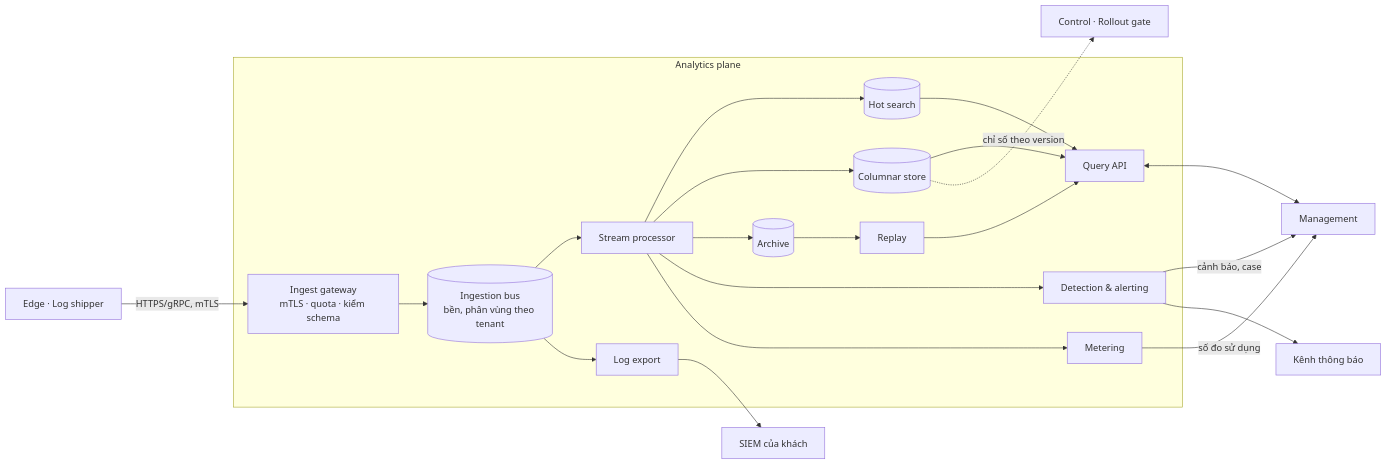
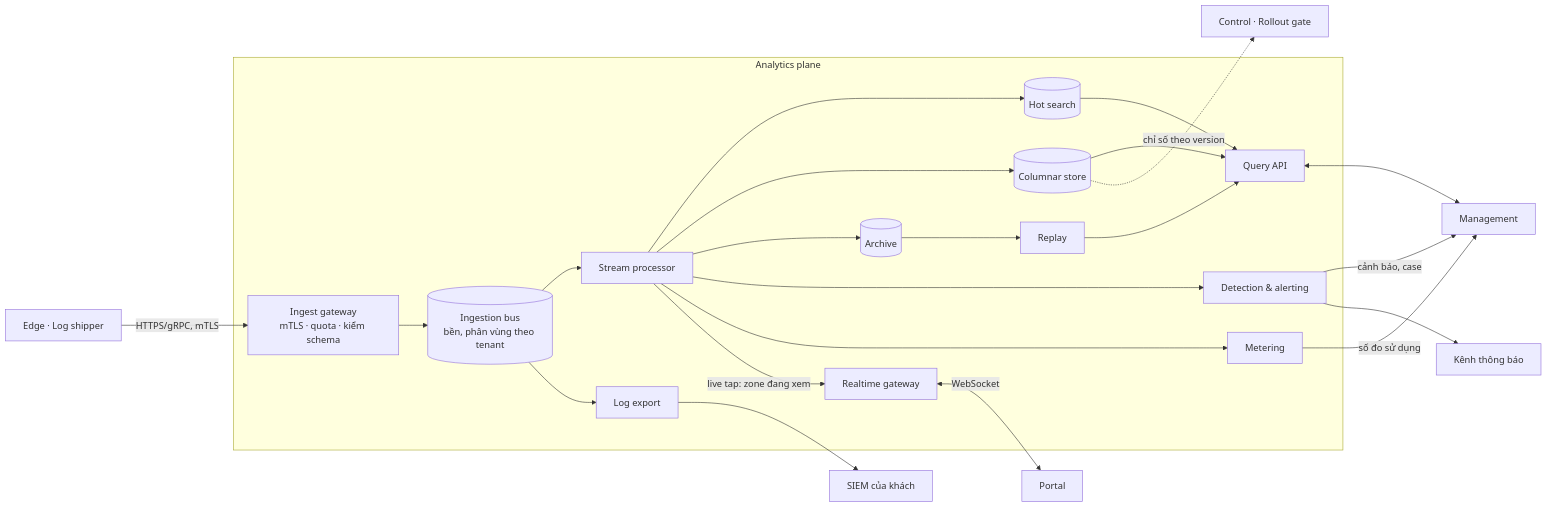
One commit to metap-org/metap-demo-waf changed the diagram in docs/architecture/05-building-blocks/04-analytics-plane.md. Above: the diagram before and after it, drawn with Mermaid. The commit also changed other lines of this file and 15 other files, not shown here.

First line of the commit message:
docs: realtime gateway for portal sessions; Elixir option for gateway and notifier

````diff
--- a/docs/architecture/05-building-blocks/04-analytics-plane.md
+++ b/docs/architecture/05-building-blocks/04-analytics-plane.md
@@ -6,37 +6,41 @@
 ```mermaid
 flowchart LR
     ship["Edge · Log shipper"]
     subgraph A["Analytics plane"]
         ig["Ingest gateway<br/>mTLS · quota · kiểm schema"]
         bus[("Ingestion bus<br/>bền, phân vùng theo tenant")]
         sp["Stream processor"]
         hot[("Hot search")]
         col[("Columnar store")]
         arc[("Archive")]
         det["Detection & alerting"]
         exp["Log export"]
         meter["Metering"]
         q["Query API"]
         rp["Replay"]
+        rt["Realtime gateway"]
     end
+    portal["Portal"]
     mgmt["Management"]
     ctrl["Control · Rollout gate"]
     siem["SIEM của khách"]
     notify["Kênh thông báo"]
 
     ship -->|HTTPS/gRPC, mTLS| ig --> bus --> sp
     sp --> hot
     sp --> col
     sp --> arc
     sp --> det
     sp --> meter
     bus --> exp --> siem
     hot --> q
     col --> q
     arc --> rp --> q
     q <--> mgmt
     det -->|cảnh báo, case| mgmt
     det --> notify
     col -.->|chỉ số theo version| ctrl
     meter -->|số đo sử dụng| mgmt
+    sp -->|live tap: zone đang xem| rt
+    rt <-->|WebSocket| portal
 ```
````
